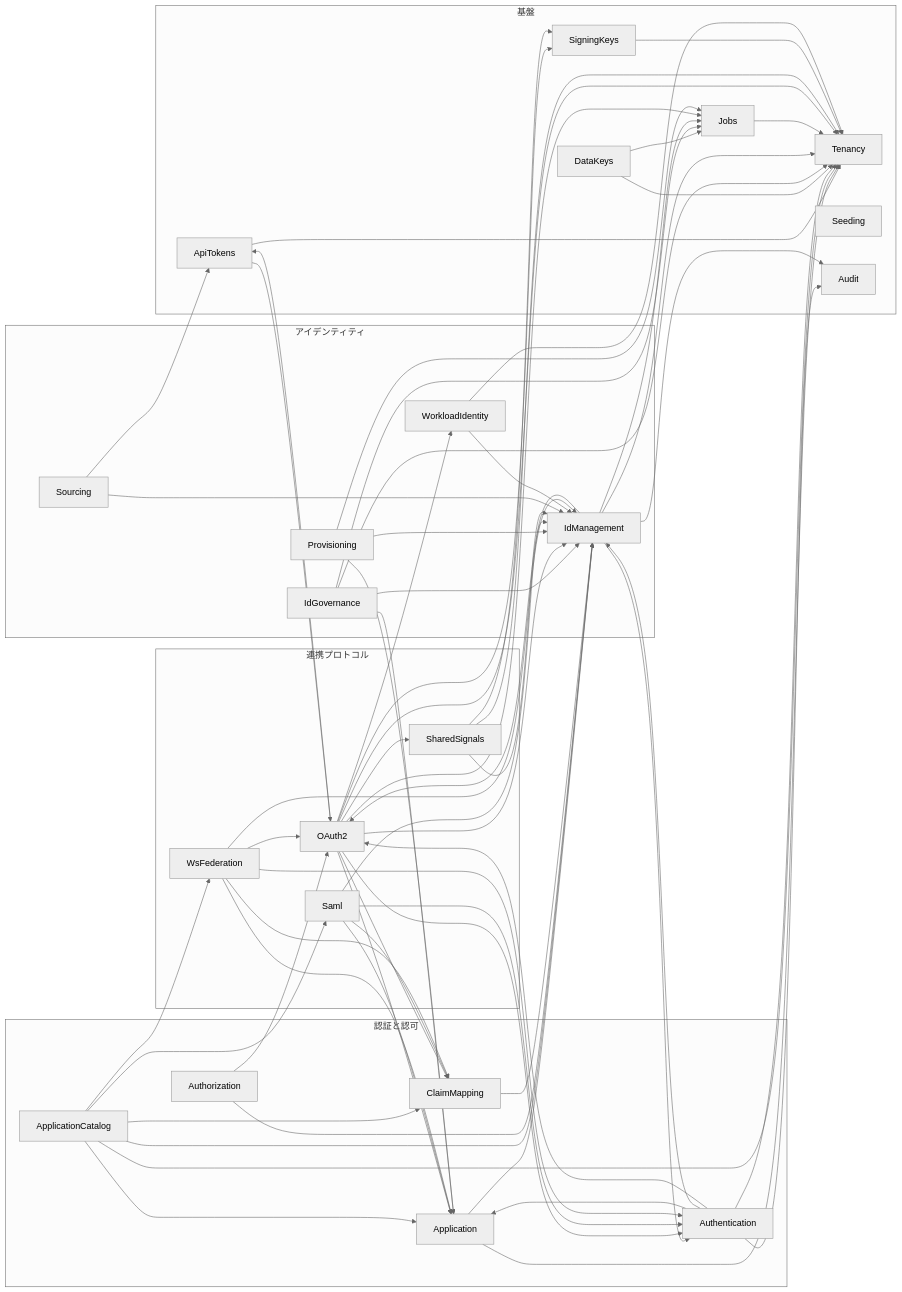
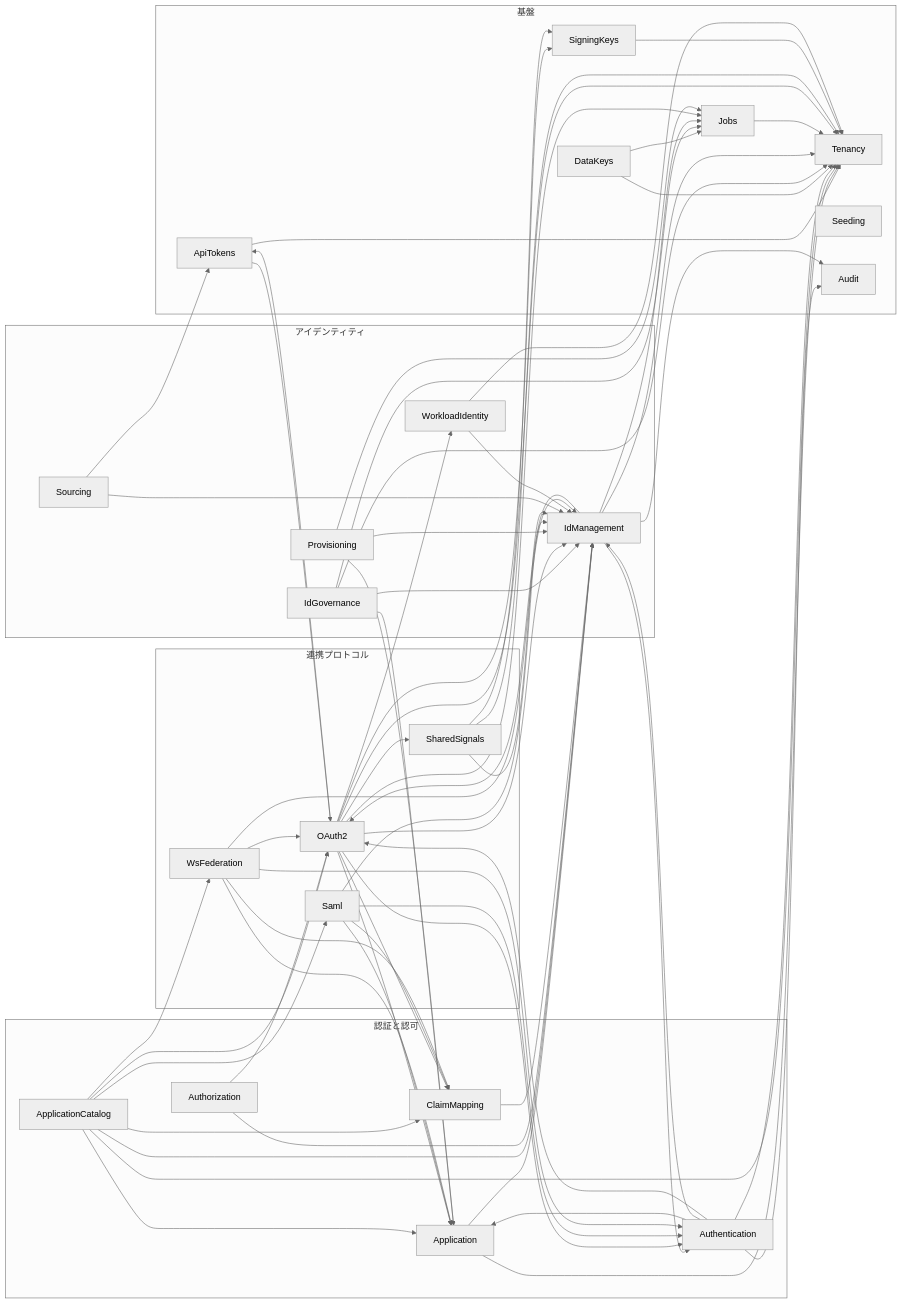
One commit to ambi/idmagic changed the diagram in docs/modules/README.md. Above: the diagram before and after it, drawn with Mermaid (neutral theme). The commit also changed other lines of this file and 19 other files, not shown here.

First line of the commit message:
refactor(application-catalog): use OAuth2 management directly

```diff
--- a/docs/modules/README.md
+++ b/docs/modules/README.md
@@ -135,6 +135,7 @@
   ApplicationCatalog --> Application
   ApplicationCatalog --> ClaimMapping
   ApplicationCatalog --> IdManagement
+  ApplicationCatalog --> OAuth2
   ApplicationCatalog --> Saml
   ApplicationCatalog --> Tenancy
   ApplicationCatalog --> WsFederation
```
